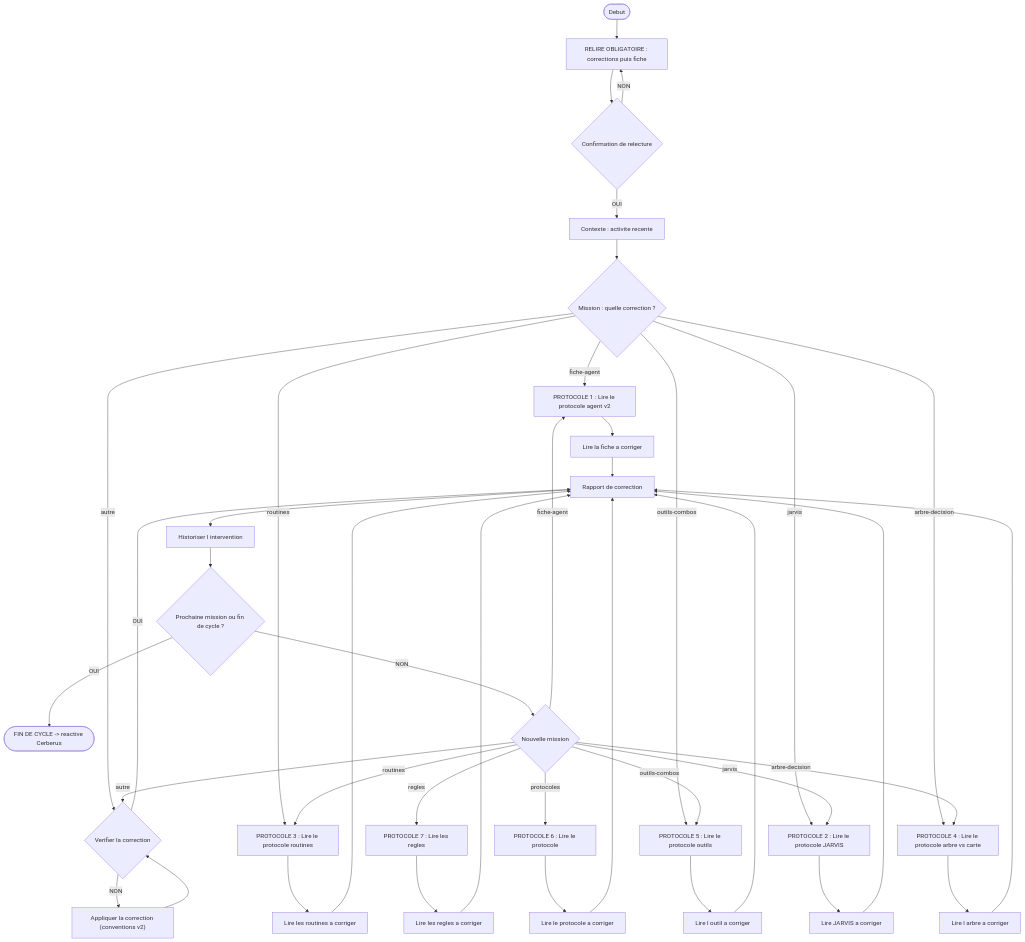
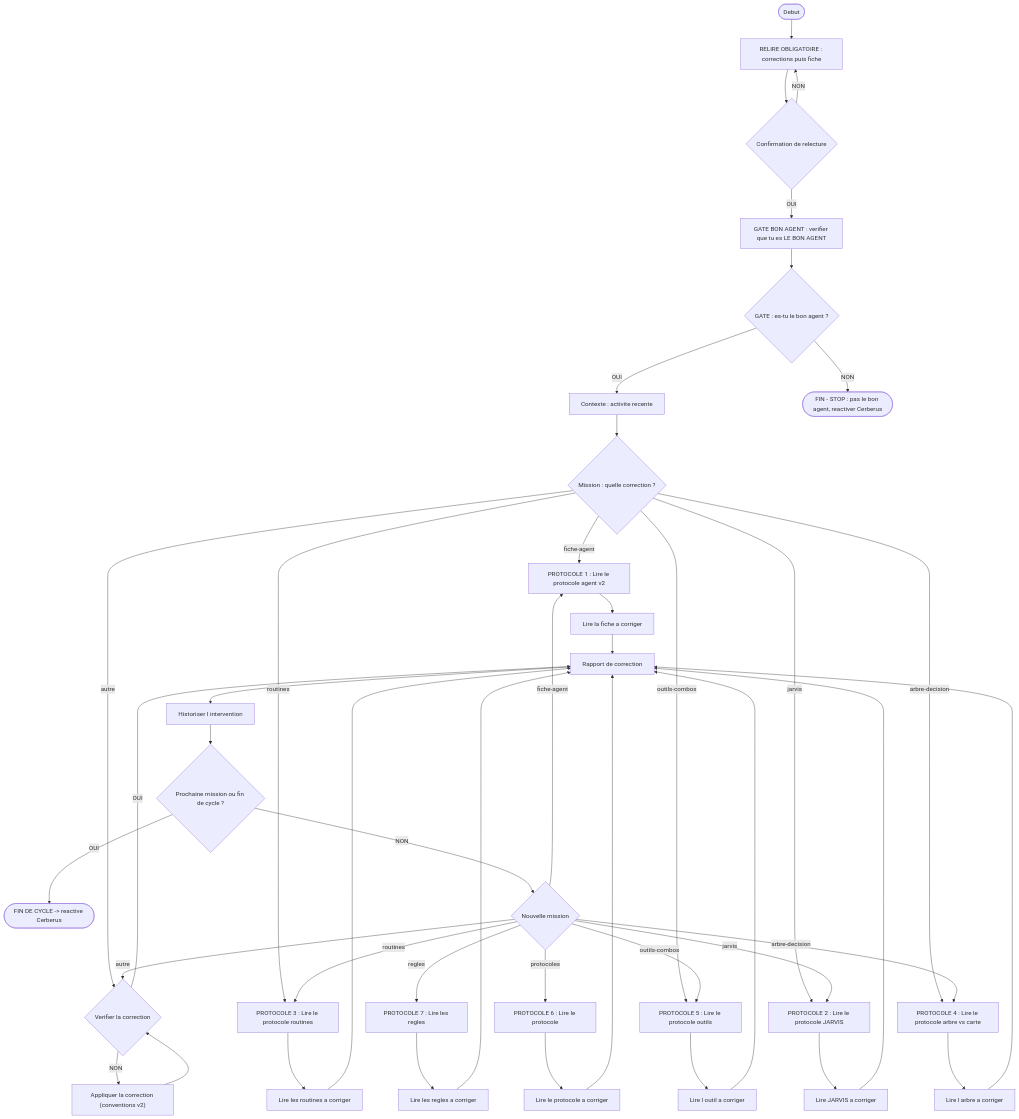
One commit to French-Team/minautor-agents-service-v2 changed the diagram in cerveau-projet/cartes-vues/mermaid/ferrari.mmd. Above: the diagram before and after it, drawn with Mermaid. The commit also changed 878 other files, not shown here.

```diff
--- a/cerveau-projet/cartes-vues/mermaid/ferrari.mmd
+++ b/cerveau-projet/cartes-vues/mermaid/ferrari.mmd
@@ -1,67 +1,73 @@
 %% Carte de decision de ferrari (parcours v0.2.0)
 flowchart TD
     START(["Debut"]) --> c0
     c0["RELIRE OBLIGATOIRE : corrections puis fiche"]
     c0b{"Confirmation de relecture"}
     c0c["Contexte : activite recente"]
+    c0g["GATE BON AGENT : verifier que tu es LE BON AGENT"]
+    c0ga{"GATE : es-tu le bon agent ?"}
+    c0h(["FIN - STOP : pas le bon agent, reactiver Cerberus"])
     c1{"Mission : quelle correction ?"}
     c10["Historiser l intervention"]
     c11{"Prochaine mission ou fin de cycle ?"}
     c12(["FIN DE CYCLE -> reactive Cerberus"])
     c13{"Nouvelle mission"}
     c14["PROTOCOLE 6 : Lire le protocole"]
     c14b["Lire le protocole a corriger"]
     c15["PROTOCOLE 7 : Lire les regles"]
     c15b["Lire les regles a corriger"]
     c2["PROTOCOLE 1 : Lire le protocole agent v2"]
     c2b["Lire la fiche a corriger"]
     c3["PROTOCOLE 4 : Lire le protocole arbre vs carte"]
     c3b["Lire l arbre a corriger"]
     c5["PROTOCOLE 2 : Lire le protocole JARVIS"]
     c5b["Lire JARVIS a corriger"]
     c6["PROTOCOLE 5 : Lire le protocole outils"]
     c6b["Lire l outil a corriger"]
     c7["Appliquer la correction (conventions v2)"]
     c7b["PROTOCOLE 3 : Lire le protocole routines"]
     c7c["Lire les routines a corriger"]
     c8{"Verifier la correction"}
     c9["Rapport de correction"]
     c0 --> c0b
-    c0b -- "OUI" --> c0c
+    c0b -- "OUI" --> c0g
     c0b -- "NON" --> c0
     c0c --> c1
+    c0g --> c0ga
+    c0ga -- "OUI" --> c0c
+    c0ga -- "NON" --> c0h
     c1 -- "fiche-agent" --> c2
     c1 -- "arbre-decision" --> c3
     c1 -- "jarvis" --> c5
     c1 -- "outils-combos" --> c6
     c1 -- "routines" --> c7b
     c1 -- "autre" --> c8
     c10 --> c11
     c11 -- "OUI" --> c12
     c11 -- "NON" --> c13
     c13 -- "fiche-agent" --> c2
     c13 -- "arbre-decision" --> c3
     c13 -- "jarvis" --> c5
     c13 -- "outils-combos" --> c6
     c13 -- "routines" --> c7b
     c13 -- "protocoles" --> c14
     c13 -- "regles" --> c15
     c13 -- "autre" --> c8
     c14 --> c14b
     c14b --> c9
     c15 --> c15b
     c15b --> c9
     c2 --> c2b
     c2b --> c9
     c3 --> c3b
     c3b --> c9
     c5 --> c5b
     c5b --> c9
     c6 --> c6b
     c6b --> c9
     c7 --> c8
     c7b --> c7c
     c7c --> c9
     c8 -- "OUI" --> c9
     c8 -- "NON" --> c7
     c9 --> c10
```
